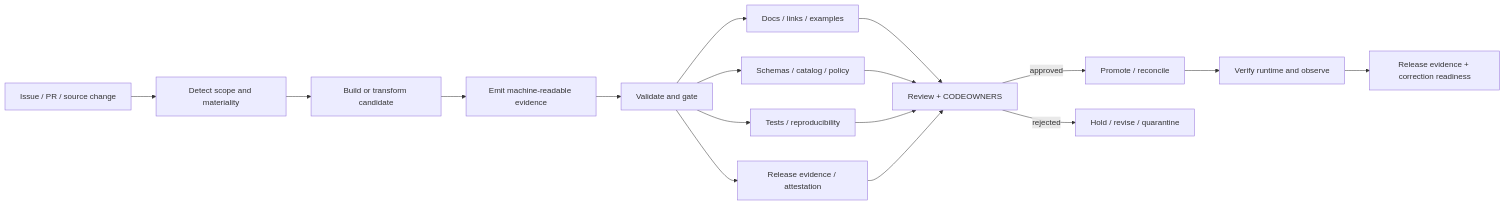
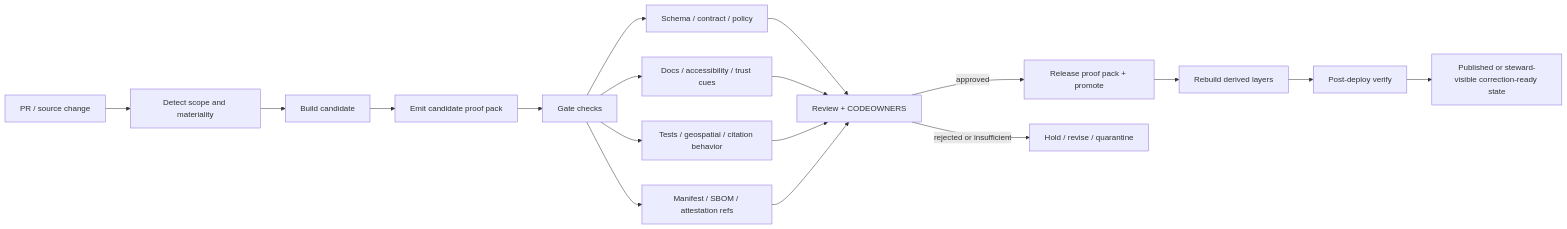
One commit to bartytime4life/Kansas-Frontier-Matrix changed the diagram in .github/workflows/README.md. Above: the diagram before and after it, drawn with Mermaid. The commit also changed other lines of this file, not shown here.

````diff
--- a/.github/workflows/README.md
+++ b/.github/workflows/README.md
@@ -229,23 +231,24 @@
 ```mermaid
 flowchart LR
-    A[Issue / PR / source change] --> B[Detect scope and materiality]
-    B --> C[Build or transform candidate]
-    C --> D[Emit machine-readable evidence]
-    D --> E[Validate and gate]
+    A[PR / source change] --> B[Detect scope and materiality]
+    B --> C[Build candidate]
+    C --> D[Emit candidate proof pack]
 
-    E --> E1[Docs / links / examples]
-    E --> E2[Schemas / catalog / policy]
-    E --> E3[Tests / reproducibility]
-    E --> E4[Release evidence / attestation]
+    D --> E[Gate checks]
+    E --> E1[Schema / contract / policy]
+    E --> E2[Docs / accessibility / trust cues]
+    E --> E3[Tests / geospatial / citation behavior]
+    E --> E4[Manifest / SBOM / attestation refs]
 
     E1 --> F[Review + CODEOWNERS]
     E2 --> F
     E3 --> F
     E4 --> F
 
-    F -->|approved| G[Promote / reconcile]
-    F -->|rejected| H[Hold / revise / quarantine]
+    F -->|approved| G[Release proof pack + promote]
+    G --> H[Rebuild derived layers]
+    H --> I[Post-deploy verify]
+    I --> J[Published or steward-visible correction-ready state]
 
-    G --> I[Verify runtime and observe]
-    I --> J[Release evidence + correction readiness]
+    F -->|rejected or insufficient| K[Hold / revise / quarantine]
 ```
````
